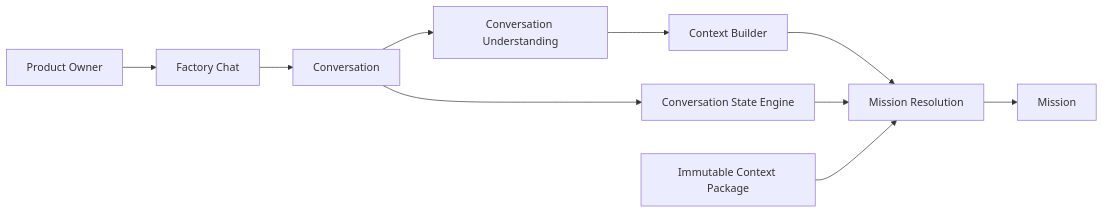
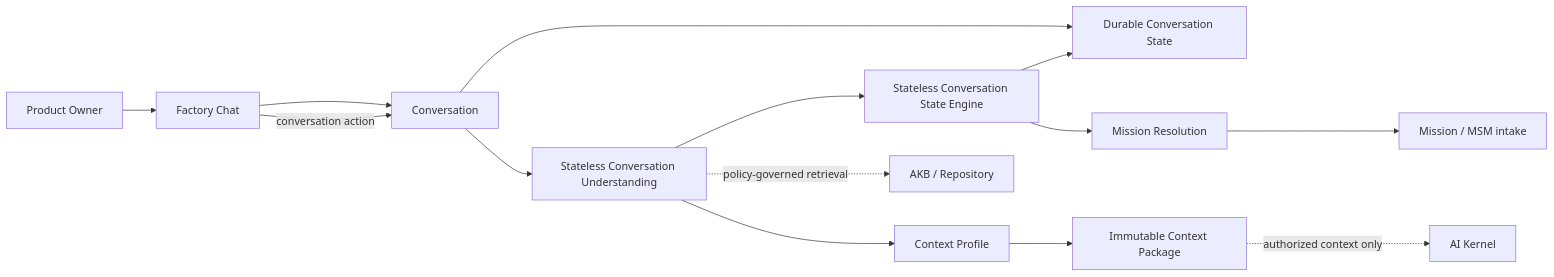
One commit to zsambokia/ai-bridge changed the diagram in docs/architecture/diagrams/01-conversation-layer/01_CONVERSATION_LAYER.md. Above: the diagram before and after it, drawn with Mermaid. The commit also changed other lines of this file and 28 other files, not shown here.

````diff
--- a/docs/architecture/diagrams/01-conversation-layer/01_CONVERSATION_LAYER.md
+++ b/docs/architecture/diagrams/01-conversation-layer/01_CONVERSATION_LAYER.md
@@ -12,8 +12,15 @@
 ```mermaid
 flowchart LR
     PO[Product Owner] --> UI[Factory Chat] --> C[Conversation]
-    C --> U[Conversation Understanding] --> CB[Context Builder] --> MR[Mission Resolution]
-    C --> CSE[Conversation State Engine] --> MR
-    CP[Immutable Context Package] --> MR
-    MR --> M[Mission]
+    UI -->|conversation action| C
+    C --> U[Stateless Conversation Understanding]
+    C --> CS[Durable Conversation State]
+    U --> CSE[Stateless Conversation State Engine]
+    CSE --> CS
+    CSE --> MR[Mission Resolution]
+    U --> CP[Context Profile]
+    CP --> PKG[Immutable Context Package]
+    U -. policy-governed retrieval .-> AKB[AKB / Repository]
+    MR --> M[Mission / MSM intake]
+    PKG -. authorized context only .-> K[AI Kernel]
 ```
````
